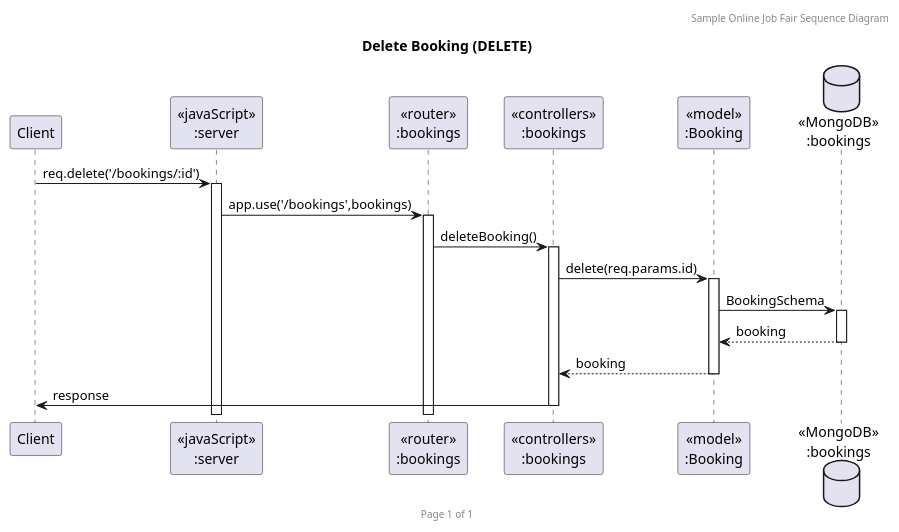
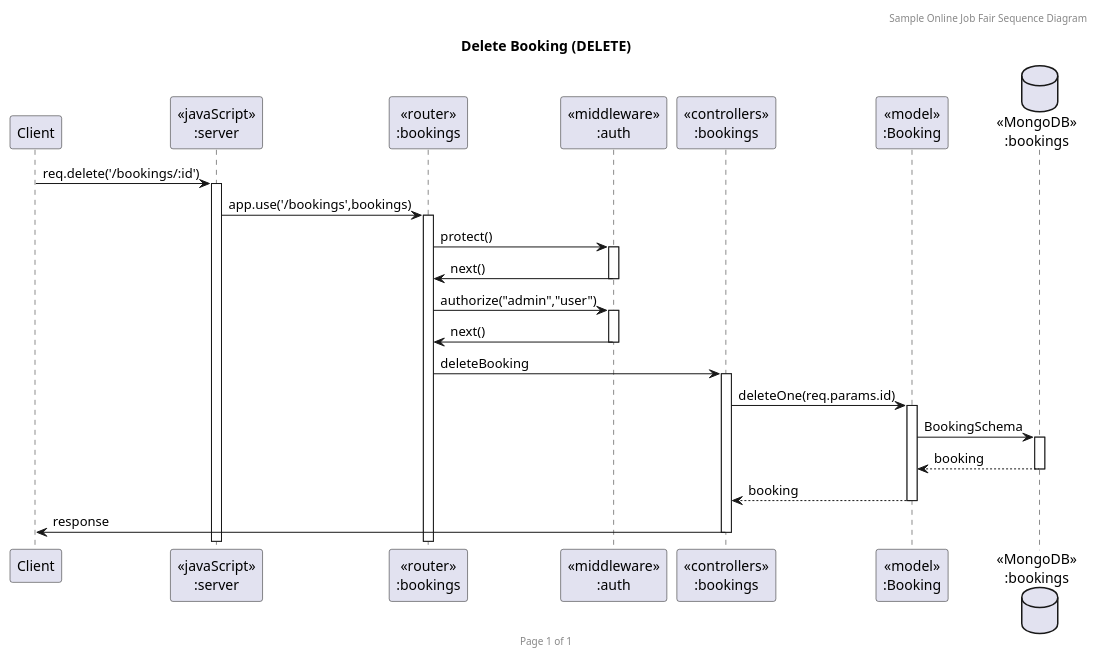
Before and after one commit to armernuntiya/SWDevI: the diagram in PlantUML/JobFairSequenceBookingDELETE.puml, drawn with PlantUML. The commit also changed 14 other files, not shown here.

Commit message:
Edit:diagram puml

```diff
--- a/PlantUML/JobFairSequenceBookingDELETE.puml
+++ b/PlantUML/JobFairSequenceBookingDELETE.puml
@@ -1,25 +1,30 @@
 @startuml Manage Booking (DELETE)
 
 header Sample Online Job Fair Sequence Diagram
 footer Page %page% of %lastpage%
 title "Delete Booking (DELETE)"
 
 participant "Client" as client
 participant "<<javaScript>>\n:server" as server
 participant "<<router>>\n:bookings" as routerBookings
+participant "<<middleware>>\n:auth" as authMiddleware
 participant "<<controllers>>\n:bookings" as controllersBookings
 participant "<<model>>\n:Booking" as modelBooking
 database "<<MongoDB>>\n:bookings" as BookingsDatabase
 
 client->server ++:req.delete('/bookings/:id')
 server->routerBookings ++:app.use('/bookings',bookings)
-routerBookings -> controllersBookings ++:deleteBooking()
-controllersBookings -> modelBooking ++:delete(req.params.id)
+routerBookings -> authMiddleware ++: protect()
+routerBookings <- authMiddleware --: next()
+routerBookings -> authMiddleware ++: authorize("admin","user")
+routerBookings <- authMiddleware --: next()
+routerBookings -> controllersBookings ++:deleteBooking
+controllersBookings -> modelBooking ++:deleteOne(req.params.id)
 modelBooking -> BookingsDatabase ++: BookingSchema
 BookingsDatabase --> modelBooking --: booking
 controllersBookings <-- modelBooking --: booking
 controllersBookings->client --:response
 
 
 
 @enduml
```
